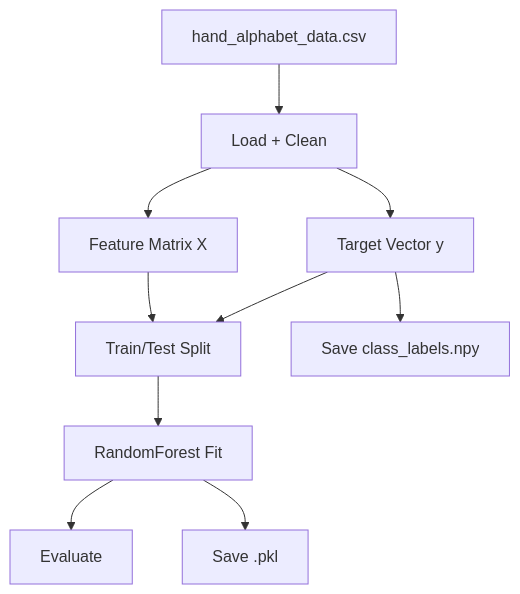
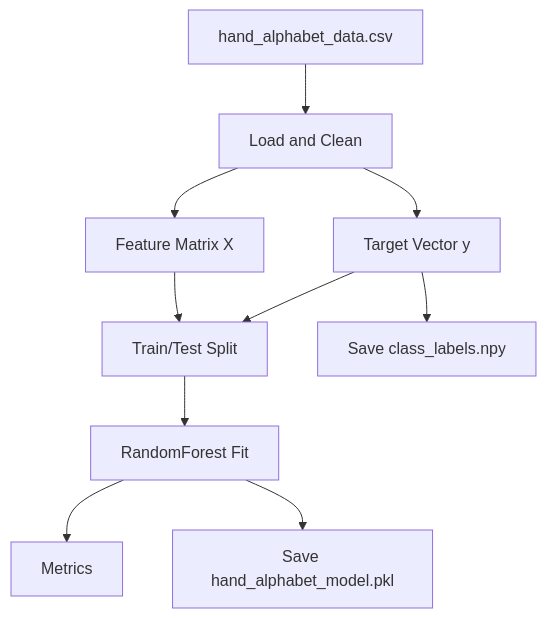
One commit to RishiStudies/hand_sign_detection_dynamic changed the third of 6 diagrams in architecture_and_workflows.md. Above: the diagram before and after it, drawn with Mermaid. The commit also changed other lines of this file and 4 other files, not shown here.

````diff
--- a/architecture_and_workflows.md
+++ b/architecture_and_workflows.md
@@ -93,12 +85,12 @@
 ```mermaid
 flowchart TD
-    A[hand_alphabet_data.csv] --> B[Load + Clean]
+    A[hand_alphabet_data.csv] --> B[Load and Clean]
     B --> C[Feature Matrix X]
     B --> D[Target Vector y]
     C --> E[Train/Test Split]
     D --> E
     E --> F[RandomForest Fit]
-    F --> G[Evaluate]
-    F --> H[Save .pkl]
+    F --> G[Metrics]
+    F --> H[Save hand_alphabet_model.pkl]
     D --> I[Save class_labels.npy]
 ```
````
